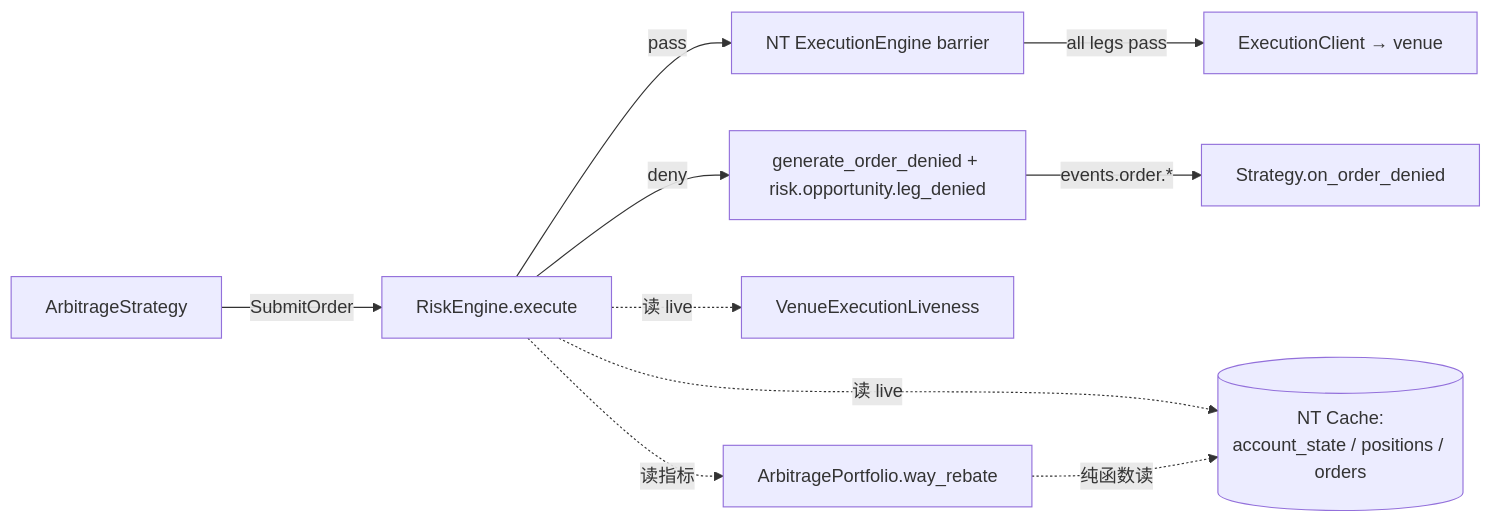
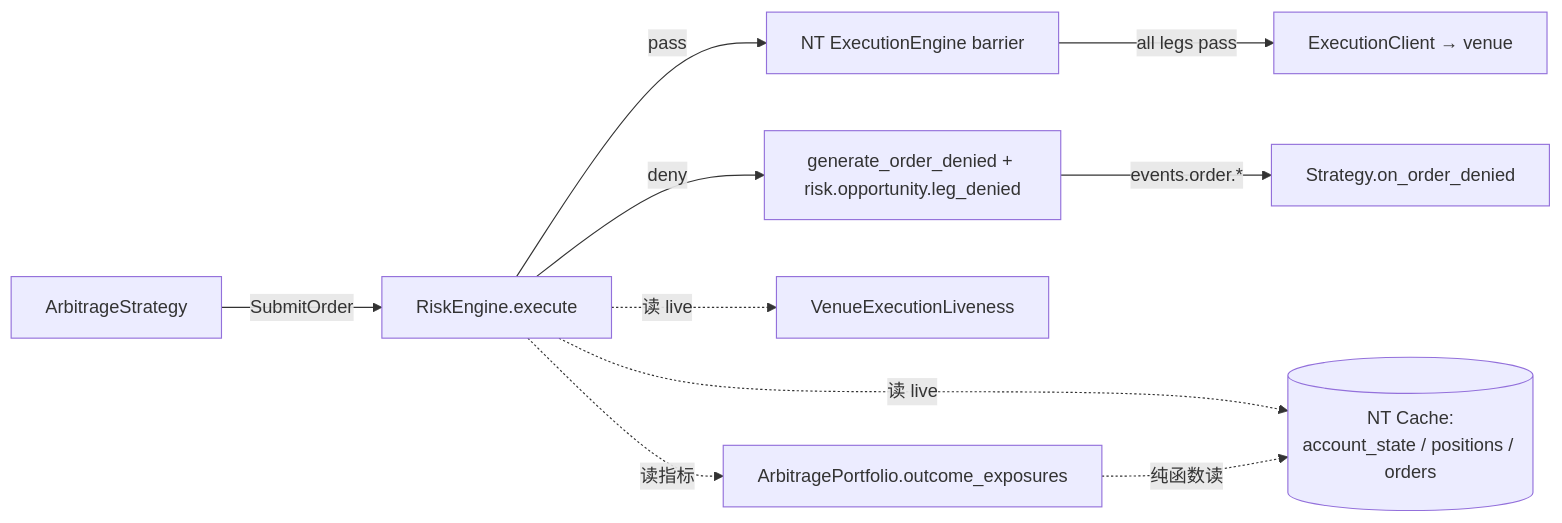
The first of 3 diagrams in docs/arbitrage/architectures/risk/architecture.md (psnewer/nautilus_trader), drawn with Mermaid before and after one commit. The commit also changed other lines of this file and 37 other files, not shown here.

````diff
--- a/docs/arbitrage/architectures/risk/architecture.md
+++ b/docs/arbitrage/architectures/risk/architecture.md
@@ -35,12 +35,12 @@
 ```mermaid
 flowchart LR
   S[ArbitrageStrategy] -->|SubmitOrder| RE[RiskEngine.execute]
   RE -->|pass| EE[NT ExecutionEngine barrier]
   EE -->|all legs pass| EC[ExecutionClient → venue]
   RE -->|deny| OD[generate_order_denied + risk.opportunity.leg_denied]
   OD -->|events.order.*| S2[Strategy.on_order_denied]
   RE -.读 live.-> VL[VenueExecutionLiveness]
   RE -.读 live.-> CACHE[(NT Cache:<br/>account_state / positions / orders)]
-  RE -.读指标.-> AP[ArbitragePortfolio.way_rebate]
+  RE -.读指标.-> AP[ArbitragePortfolio.outcome_exposures]
   AP -.纯函数读.-> CACHE
 ```
````
